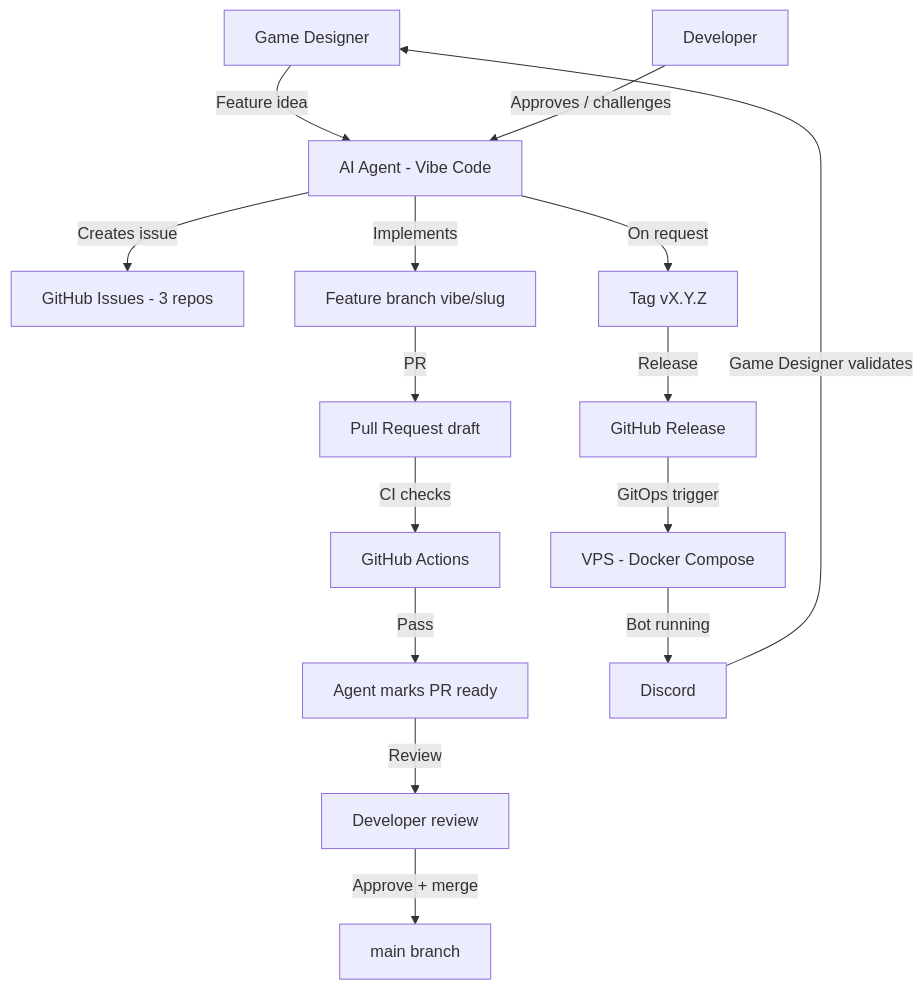
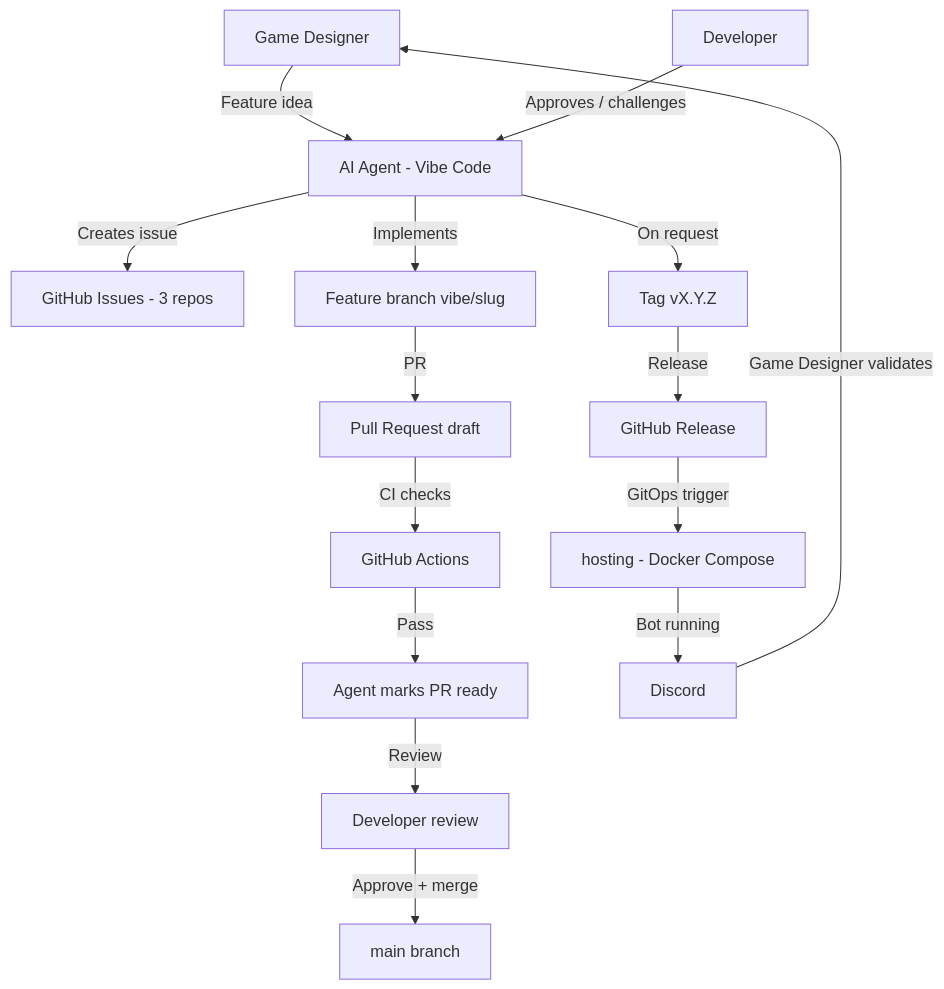
One commit to jj-guild/botforge changed the diagram in docs/VIBEWORKFLOW.md. Above: the diagram before and after it, drawn with Mermaid. The commit also changed other lines of this file and 16 other files, not shown here.

Commit message:
docs: VPS → hosting everywhere (prose, comments, doc filenames VPS-SETUP/HOSTING-SETUP); drop all cloud-init workaround notes; runner install documented line-by-line from the GitHub-provided block; no JS/octokit mentions; §7 naming reference in present tense (no legacy)

````diff
--- a/docs/VIBEWORKFLOW.md
+++ b/docs/VIBEWORKFLOW.md
@@ -65,17 +65,17 @@
 ```mermaid
 flowchart TD
     GD["Game Designer"] -->|"Feature idea"| A["AI Agent - Vibe Code"]
     DEV["Developer"] -->|"Approves / challenges"| A
     A -->|"Creates issue"| GH["GitHub Issues - 3 repos"]
     A -->|"Implements"| BR["Feature branch vibe/slug"]
     BR -->|"PR"| PR["Pull Request draft"]
     PR -->|"CI checks"| CI["GitHub Actions"]
     CI -->|"Pass"| READY["Agent marks PR ready"]
     READY -->|"Review"| REV["Developer review"]
     REV -->|"Approve + merge"| MAIN["main branch"]
     A -->|"On request"| TAG["Tag vX.Y.Z"]
     TAG -->|"Release"| REL["GitHub Release"]
-    REL -->|"GitOps trigger"| VPS["VPS - Docker Compose"]
-    VPS -->|"Bot running"| DISC["Discord"]
+    REL -->|"GitOps trigger"| hosting["hosting - Docker Compose"]
+    hosting -->|"Bot running"| DISC["Discord"]
     DISC -->|"Game Designer validates"| GD
 ```
````
